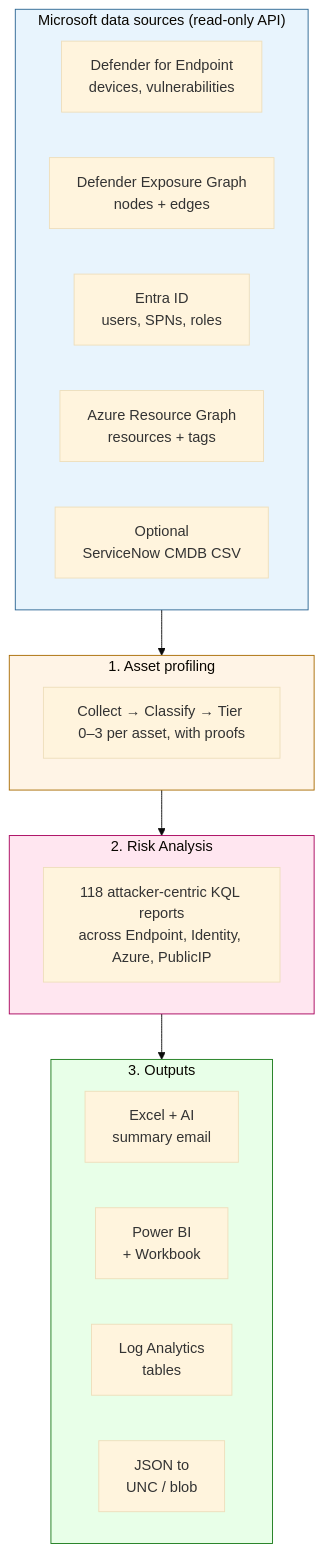
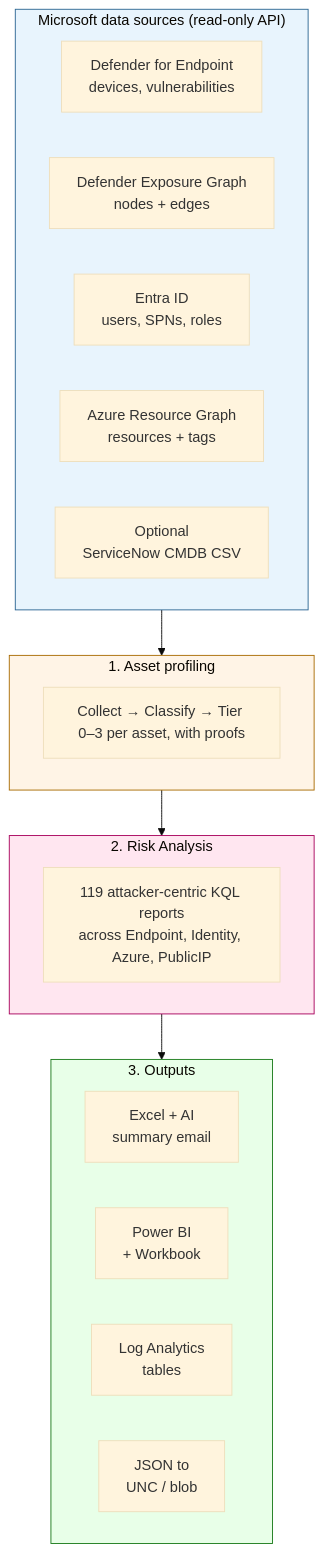
Before and after one commit to KnudsenMorten/SecurityInsight: the first of 10 diagrams in README.md, drawn with Mermaid (base theme). The commit also changed other lines of this file and 7 other files, not shown here.

````diff
--- a/README.md
+++ b/README.md
@@ -162,29 +162,29 @@
 ```mermaid
 flowchart TB
     subgraph SOURCES ["Microsoft data sources (read-only API)"]
         direction LR
         S1[Defender for Endpoint<br/>devices, vulnerabilities]
         S2[Defender Exposure Graph<br/>nodes + edges]
         S3[Entra ID<br/>users, SPNs, roles]
         S4[Azure Resource Graph<br/>resources + tags]
         S5[Optional<br/>ServiceNow CMDB CSV]
     end
     subgraph PROFILE ["1. Asset profiling"]
         P1[Collect → Classify → Tier 0–3 per asset, with proofs]
     end
     subgraph RA ["2. Risk Analysis"]
-        R1[118 attacker-centric KQL reports<br/>across Endpoint, Identity, Azure, PublicIP]
+        R1[119 attacker-centric KQL reports<br/>across Endpoint, Identity, Azure, PublicIP]
     end
     subgraph OUT ["3. Outputs"]
         direction LR
         O1[Excel + AI<br/>summary email]
         O2[Power BI<br/>+ Workbook]
         O3[Log Analytics<br/>tables]
         O4[JSON to<br/>UNC / blob]
     end
     SOURCES --> PROFILE --> RA --> OUT
     style SOURCES fill:#e8f4fd,stroke:#2a6592
     style PROFILE fill:#fff4e6,stroke:#a86a00
     style RA fill:#ffe6f0,stroke:#a8005c
     style OUT fill:#e8ffe8,stroke:#1a7a1a
 ```
````
